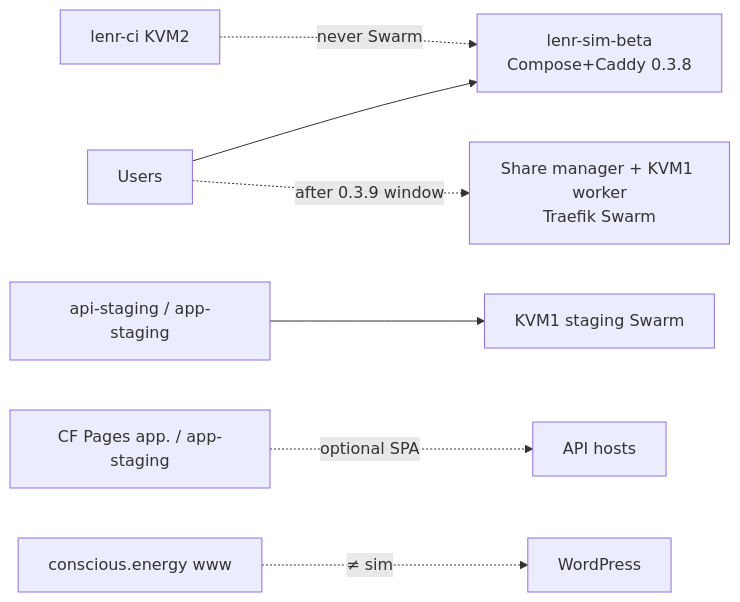
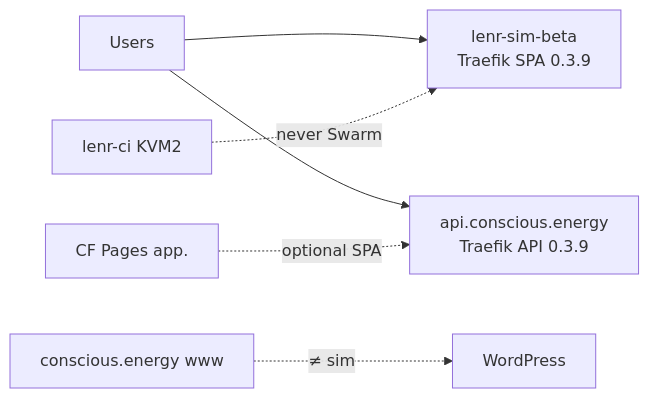
Before and after one commit to ConsciousEnergy/lenr_sim_app: the diagram in README.md, drawn with Mermaid. The commit also changed other lines of this file and 8 other files, not shown here.

First line of the commit message:
docs: sync README live share to 0.3.9-beta Swarm

````diff
--- a/README.md
+++ b/README.md
@@ -52,9 +50,8 @@
 ```mermaid
 flowchart LR
-  users[Users] --> beta["lenr-sim-beta<br/>Compose+Caddy 0.3.8"]
-  users -.->|"after 0.3.9 window"| swarm["Share manager + KVM1 worker<br/>Traefik Swarm"]
-  staging["api-staging / app-staging"] --> kvm1[KVM1 staging Swarm]
-  pages["CF Pages app. / app-staging"] -.->|"optional SPA"| apiHosts[API hosts]
+  users[Users] --> beta["lenr-sim-beta<br/>Traefik SPA 0.3.9"]
+  users --> api["api.conscious.energy<br/>Traefik API 0.3.9"]
+  pages["CF Pages app."] -.->|"optional SPA"| api
   marketing["conscious.energy www"] -.->|"≠ sim"| wp[WordPress]
   ci[lenr-ci KVM2] -.->|"never Swarm"| beta
 ```
````
